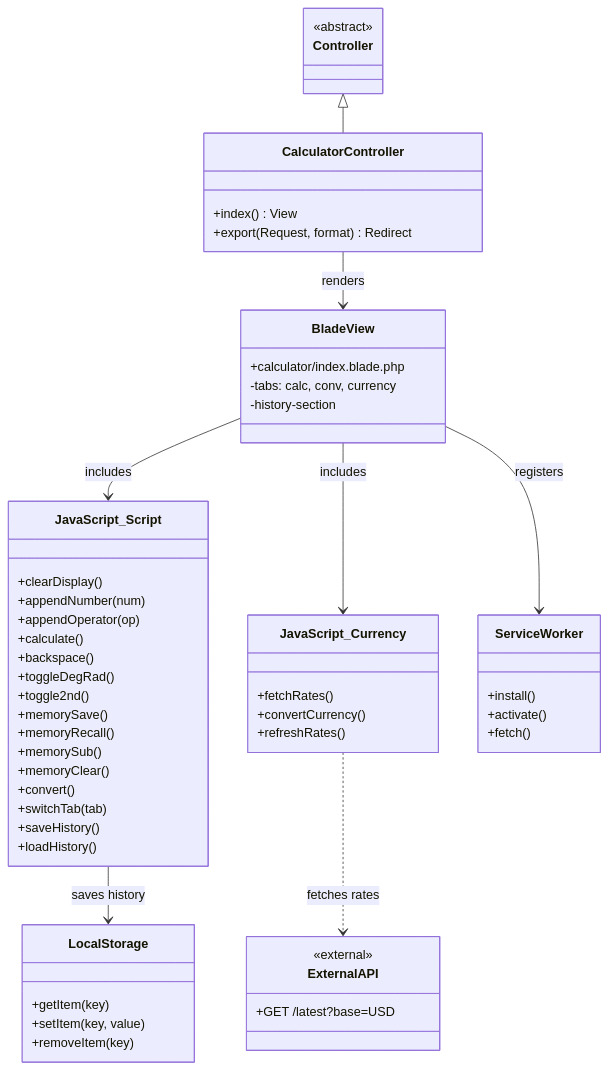
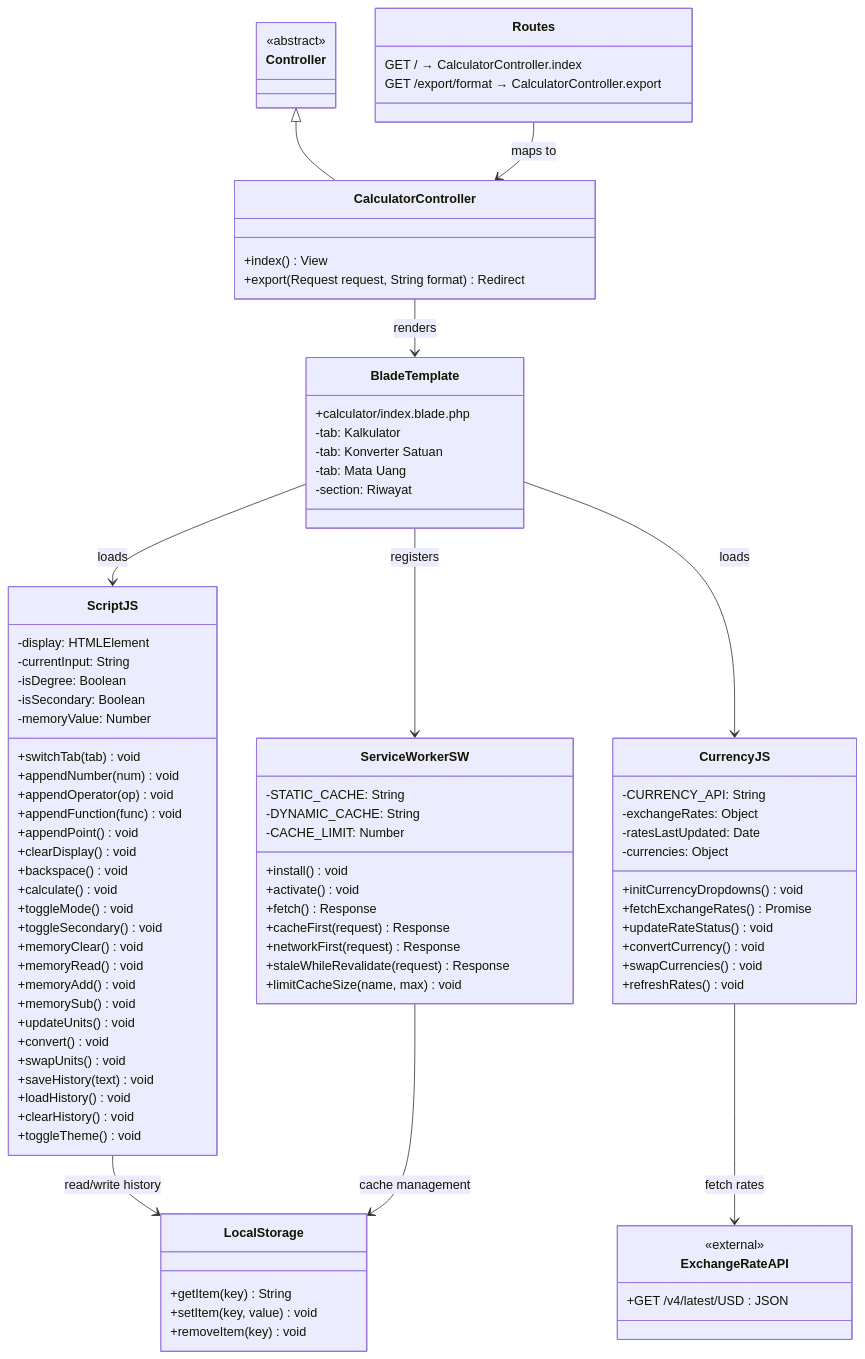
Before and after one commit to falcon-ioi/Caclcon: the fourth of 4 diagrams in e-concalc-web/README.md, drawn with Mermaid. The commit also changed other lines of this file, not shown here.

Commit message:
docs: fix UML diagrams to accurately match actual codebase features

````diff
--- a/e-concalc-web/README.md
+++ b/e-concalc-web/README.md
@@ -174,65 +218,99 @@
 classDiagram
     class CalculatorController {
         +index() View
-        +export(Request, format) Redirect
+        +export(Request request, String format) Redirect
     }
 
     class Controller {
         <<abstract>>
     }
 
-    class BladeView {
-        +calculator/index.blade.php
-        -tabs: calc, conv, currency
-        -history-section
+    class Routes {
+        GET / → CalculatorController.index
+        GET /export/format → CalculatorController.export
     }
 
-    class JavaScript_Script {
-        +clearDisplay()
-        +appendNumber(num)
-        +appendOperator(op)
-        +calculate()
-        +backspace()
-        +toggleDegRad()
-        +toggle2nd()
-        +memorySave()
-        +memoryRecall()
-        +memorySub()
-        +memoryClear()
-        +convert()
-        +switchTab(tab)
-        +saveHistory()
-        +loadHistory()
+    class ScriptJS {
+        -display: HTMLElement
+        -currentInput: String
+        -isDegree: Boolean
+        -isSecondary: Boolean
+        -memoryValue: Number
+        +switchTab(tab) void
+        +appendNumber(num) void
+        +appendOperator(op) void
+        +appendFunction(func) void
+        +appendPoint() void
+        +clearDisplay() void
+        +backspace() void
+        +calculate() void
+        +toggleMode() void
+        +toggleSecondary() void
+        +memoryClear() void
+        +memoryRead() void
+        +memoryAdd() void
+        +memorySub() void
+        +updateUnits() void
+        +convert() void
+        +swapUnits() void
+        +saveHistory(text) void
+        +loadHistory() void
+        +clearHistory() void
+        +toggleTheme() void
     }
 
-    class JavaScript_Currency {
-        +fetchRates()
-        +convertCurrency()
-        +refreshRates()
+    class CurrencyJS {
+        -CURRENCY_API: String
+        -exchangeRates: Object
+        -ratesLastUpdated: Date
+        -currencies: Object
+        +initCurrencyDropdowns() void
+        +fetchExchangeRates() Promise
+        +updateRateStatus() void
+        +convertCurrency() void
+        +swapCurrencies() void
+        +refreshRates() void
     }
 
-    class ServiceWorker {
-        +install()
-        +activate()
-        +fetch()
+    class ServiceWorkerSW {
+        -STATIC_CACHE: String
+        -DYNAMIC_CACHE: String
+        -CACHE_LIMIT: Number
+        +install() void
+        +activate() void
+        +fetch() Response
+        +cacheFirst(request) Response
+        +networkFirst(request) Response
+        +staleWhileRevalidate(request) Response
+        +limitCacheSize(name, max) void
     }
 
     class LocalStorage {
-        +getItem(key)
-        +setItem(key, value)
-        +removeItem(key)
+        +getItem(key) String
+        +setItem(key, value) void
+        +removeItem(key) void
+    }
+
+    class ExchangeRateAPI {
+        <<external>>
+        +GET /v4/latest/USD : JSON
     }
 
     Controller <|-- CalculatorController
-    CalculatorController --> BladeView : renders
-    BladeView --> JavaScript_Script : includes
-    BladeView --> JavaScript_Currency : includes
-    BladeView --> ServiceWorker : registers
-    JavaScript_Script --> LocalStorage : saves history
-    JavaScript_Currency ..> ExternalAPI : fetches rates
+    Routes --> CalculatorController : maps to
+    CalculatorController --> BladeTemplate : renders
+    BladeTemplate --> ScriptJS : loads
+    BladeTemplate --> CurrencyJS : loads
+    BladeTemplate --> ServiceWorkerSW : registers
+    ScriptJS --> LocalStorage : read/write history
+    CurrencyJS --> ExchangeRateAPI : fetch rates
+    ServiceWorkerSW --> LocalStorage : cache management
 
-    class ExternalAPI {
-        <<external>>
-        +GET /latest?base=USD
+    class BladeTemplate {
+        +calculator/index.blade.php
+        -tab: Kalkulator
+        -tab: Konverter Satuan
+        -tab: Mata Uang
+        -section: Riwayat
     }
 ```
````
